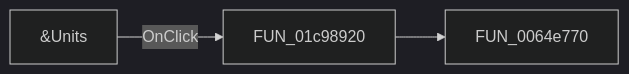
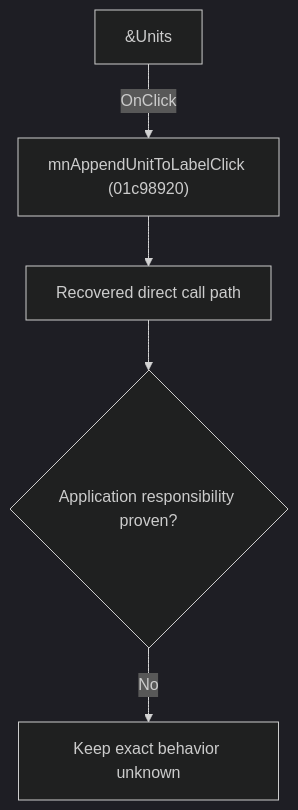
One commit to MovGP0/TIARA changed the diagram in docs/ui-controls/schematiceditor/mnappendunittolabel-373c58f1ed.md. Above: the diagram before and after it, drawn with Mermaid (dark theme). The commit also changed other lines of this file and 1062 other files, not shown here.

````diff
--- a/docs/ui-controls/schematiceditor/mnappendunittolabel-373c58f1ed.md
+++ b/docs/ui-controls/schematiceditor/mnappendunittolabel-373c58f1ed.md
@@ -27,5 +27,7 @@
 ```mermaid
-flowchart LR
-    control["&Units"] -->|OnClick| handler["FUN_01c98920"]
-    handler --> call1["FUN_0064e770"]
+flowchart TD
+    control["&Units"] -->|"OnClick"| handler["mnAppendUnitToLabelClick (01c98920)"]
+    handler --> recovered["Recovered direct call path"]
+    recovered --> gap{"Application responsibility proven?"}
+    gap -->|"No"| blocked["Keep exact behavior unknown"]
 ```
````
